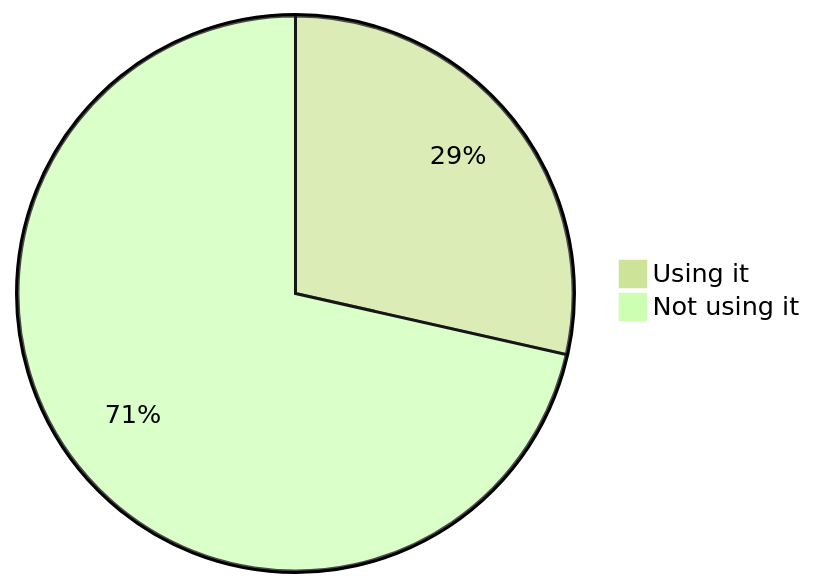
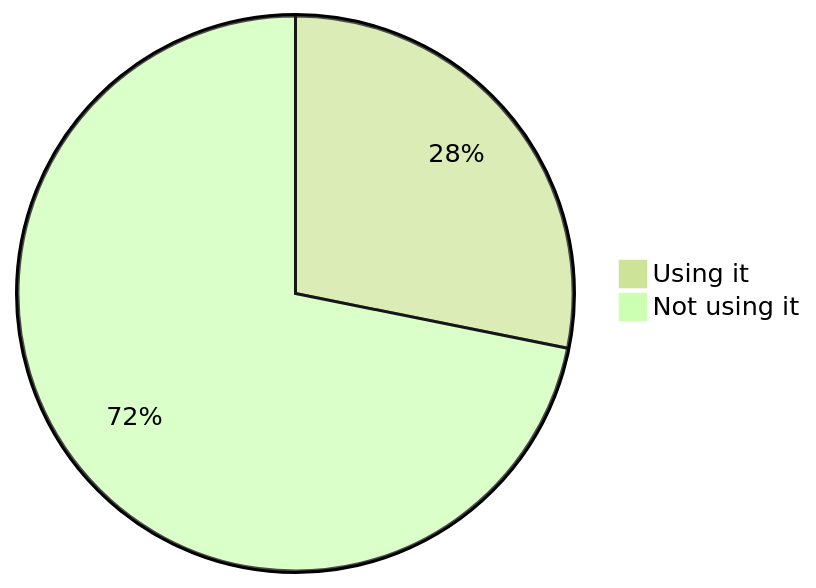
Diagram 15 of 22 in stats.md (oshp/oshp-stats), drawn with Mermaid (forest theme) before and after one commit. The commit also changed other lines of this file, not shown here.

````diff
--- a/stats.md
+++ b/stats.md
@@ -178,6 +178,6 @@
 ```mermaid
 pie
-	"Using it" : 28.53
-	"Not using it" : 71.47
+	"Using it" : 28.16
+	"Not using it" : 71.84
 
 ```
````
